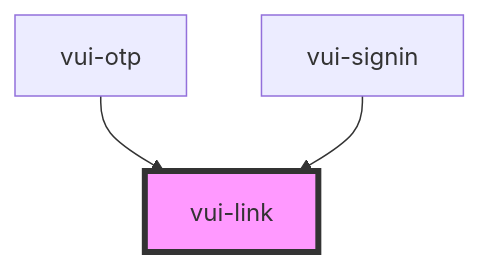
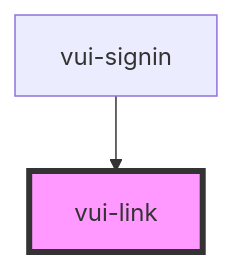
One commit to verite-team/verite-elements changed the diagram in packages/stencil-library/src/components/link/readme.md. Above: the diagram before and after it, drawn with Mermaid. The commit also changed other lines of this file and 25 other files, not shown here.

````diff
--- a/packages/stencil-library/src/components/link/readme.md
+++ b/packages/stencil-library/src/components/link/readme.md
@@ -31,6 +30,5 @@
 ```mermaid
 graph TD;
-  vui-otp --> vui-link
   vui-signin --> vui-link
   style vui-link fill:#f9f,stroke:#333,stroke-width:4px
 ```
````
